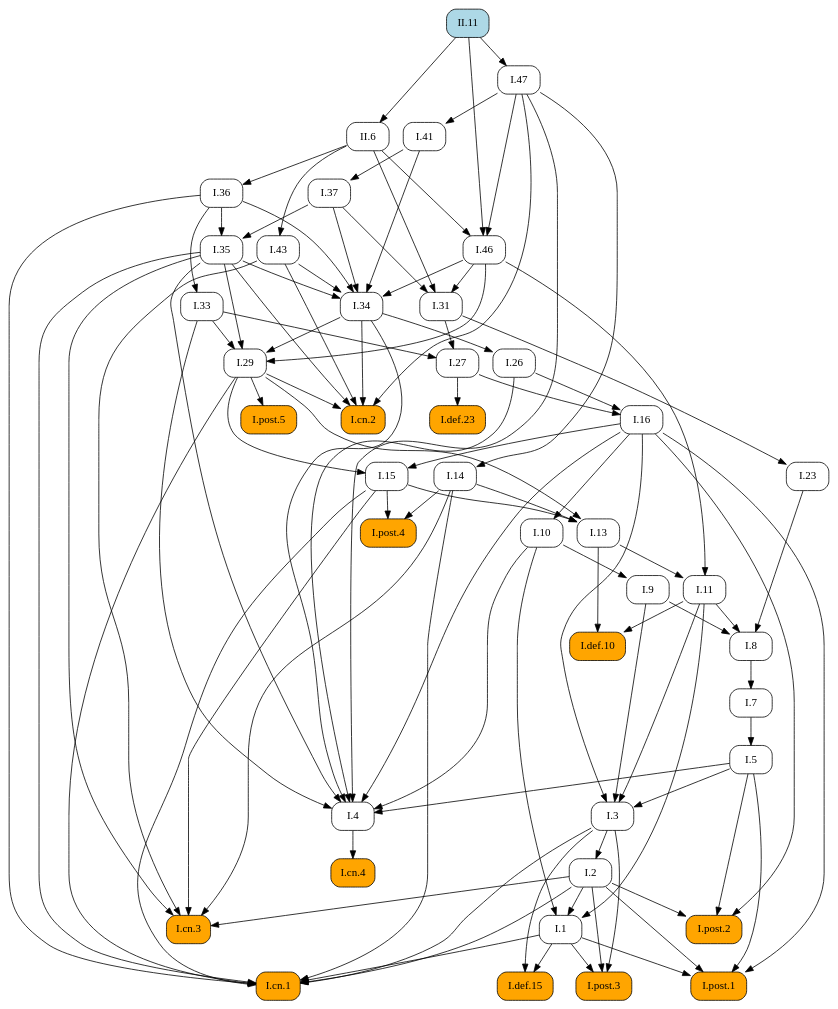
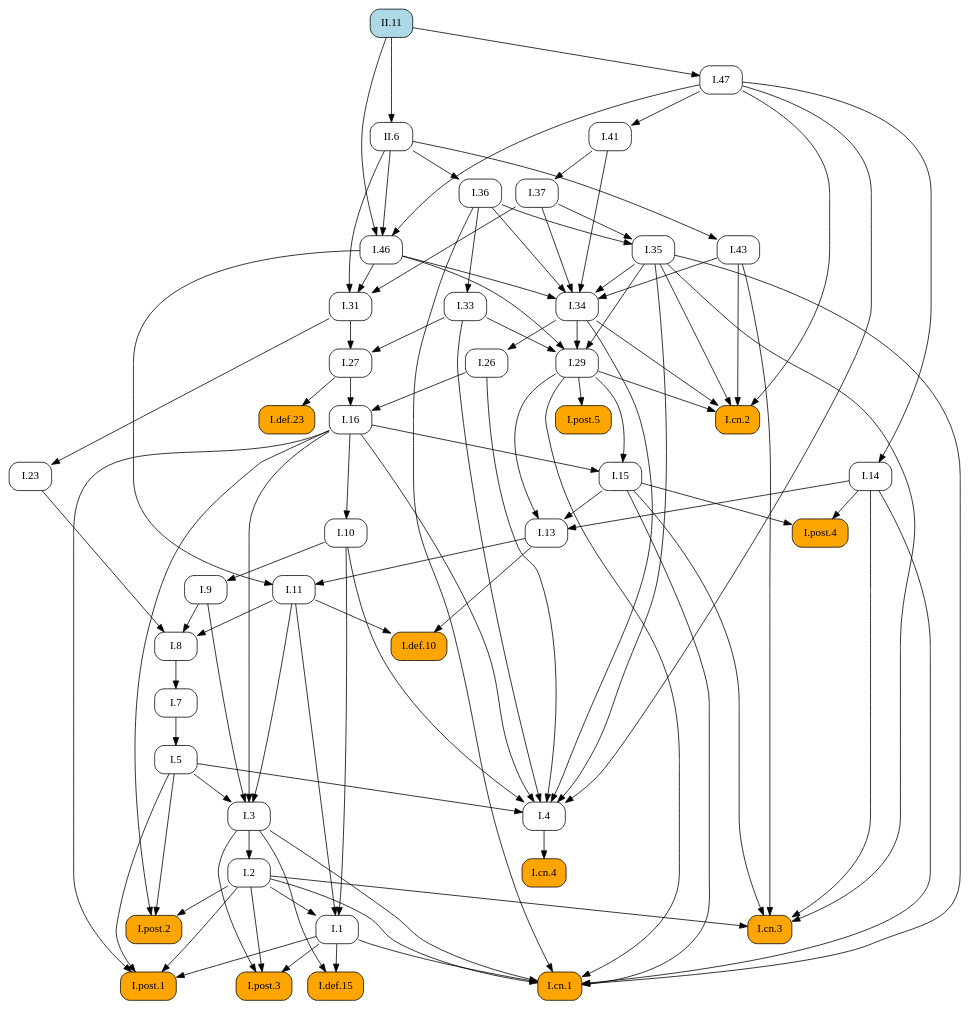
One commit to geometor/elements changed the diagram in docsrc/elements2/II/11/index.rst. Above: the diagram before and after it, drawn with Graphviz. The commit also changed other lines of this file and 409 other files, not shown here.

First line of the commit message:
feat: Add image cropping and graphic extraction script

```diff
--- a/docsrc/elements2/II/11/index.rst
+++ b/docsrc/elements2/II/11/index.rst
@@ -88,99 +88,62 @@
    digraph {
      rankdir="TB";
      node [shape=box, style=rounded];
+     "I.37" [URL="/elements2/I/37/", target="_top"];
+     "I.43" [URL="/elements2/I/43/", target="_top"];
+     "I.31" [URL="/elements2/I/31/", target="_top"];
+     "I.41" [URL="/elements2/I/41/", target="_top"];
      "I.8" [URL="/elements2/I/8/", target="_top"];
+     "I.15" [URL="/elements2/I/15/", target="_top"];
+     "I.47" [URL="/elements2/I/47/", target="_top"];
+     "I.5" [URL="/elements2/I/5/", target="_top"];
+     "I.26" [URL="/elements2/I/26/", target="_top"];
+     "I.cn.1" [style="rounded,filled", fillcolor=orange, URL="/elements2/I/cn.1/", target="_top"];
+     "II.11" [style="rounded,filled", fillcolor=lightblue, URL="/elements2/II/11/", target="_top"];
+     "I.7" [URL="/elements2/I/7/", target="_top"];
+     "I.23" [URL="/elements2/I/23/", target="_top"];
+     "I.16" [URL="/elements2/I/16/", target="_top"];
+     "I.35" [URL="/elements2/I/35/", target="_top"];
+     "I.34" [URL="/elements2/I/34/", target="_top"];
+     "I.33" [URL="/elements2/I/33/", target="_top"];
+     "I.def.15" [style="rounded,filled", fillcolor=orange, URL="/elements2/I/def.15/", target="_top"];
      "I.46" [URL="/elements2/I/46/", target="_top"];
+     "I.def.10" [style="rounded,filled", fillcolor=orange, URL="/elements2/I/def.10/", target="_top"];
+     "I.11" [URL="/elements2/I/11/", target="_top"];
+     "I.post.4" [style="rounded,filled", fillcolor=orange, URL="/elements2/I/post.4/", target="_top"];
+     "I.def.23" [style="rounded,filled", fillcolor=orange, URL="/elements2/I/def.23/", target="_top"];
+     "I.post.5" [style="rounded,filled", fillcolor=orange, URL="/elements2/I/post.5/", target="_top"];
+     "I.3" [URL="/elements2/I/3/", target="_top"];
+     "I.14" [URL="/elements2/I/14/", target="_top"];
+     "I.10" [URL="/elements2/I/10/", target="_top"];
+     "I.cn.3" [style="rounded,filled", fillcolor=orange, URL="/elements2/I/cn.3/", target="_top"];
+     "I.13" [URL="/elements2/I/13/", target="_top"];
+     "I.4" [URL="/elements2/I/4/", target="_top"];
+     "I.post.3" [style="rounded,filled", fillcolor=orange, URL="/elements2/I/post.3/", target="_top"];
+     "I.9" [URL="/elements2/I/9/", target="_top"];
+     "I.29" [URL="/elements2/I/29/", target="_top"];
      "I.36" [URL="/elements2/I/36/", target="_top"];
-     "I.47" [URL="/elements2/I/47/", target="_top"];
-     "I.14" [URL="/elements2/I/14/", target="_top"];
      "I.post.1" [style="rounded,filled", fillcolor=orange, URL="/elements2/I/post.1/", target="_top"];
-     "I.33" [URL="/elements2/I/33/", target="_top"];
-     "I.5" [URL="/elements2/I/5/", target="_top"];
-     "I.post.5" [style="rounded,filled", fillcolor=orange, URL="/elements2/I/post.5/", target="_top"];
-     "I.def.10" [style="rounded,filled", fillcolor=orange, URL="/elements2/I/def.10/", target="_top"];
-     "I.cn.2" [style="rounded,filled", fillcolor=orange, URL="/elements2/I/cn.2/", target="_top"];
-     "II.11" [style="rounded,filled", fillcolor=lightblue, URL="/elements2/II/11/", target="_top"];
-     "I.def.15" [style="rounded,filled", fillcolor=orange, URL="/elements2/I/def.15/", target="_top"];
-     "I.31" [URL="/elements2/I/31/", target="_top"];
-     "I.11" [URL="/elements2/I/11/", target="_top"];
-     "I.43" [URL="/elements2/I/43/", target="_top"];
-     "I.3" [URL="/elements2/I/3/", target="_top"];
-     "I.def.23" [style="rounded,filled", fillcolor=orange, URL="/elements2/I/def.23/", target="_top"];
-     "I.post.2" [style="rounded,filled", fillcolor=orange, URL="/elements2/I/post.2/", target="_top"];
-     "I.26" [URL="/elements2/I/26/", target="_top"];
-     "I.1" [URL="/elements2/I/1/", target="_top"];
-     "I.cn.3" [style="rounded,filled", fillcolor=orange, URL="/elements2/I/cn.3/", target="_top"];
-     "I.cn.4" [style="rounded,filled", fillcolor=orange, URL="/elements2/I/cn.4/", target="_top"];
-     "I.7" [URL="/elements2/I/7/", target="_top"];
-     "I.9" [URL="/elements2/I/9/", target="_top"];
-     "I.cn.1" [style="rounded,filled", fillcolor=orange, URL="/elements2/I/cn.1/", target="_top"];
-     "I.29" [URL="/elements2/I/29/", target="_top"];
-     "I.post.4" [style="rounded,filled", fillcolor=orange, URL="/elements2/I/post.4/", target="_top"];
-     "I.16" [URL="/elements2/I/16/", target="_top"];
-     "I.13" [URL="/elements2/I/13/", target="_top"];
-     "I.41" [URL="/elements2/I/41/", target="_top"];
-     "I.35" [URL="/elements2/I/35/", target="_top"];
      "I.2" [URL="/elements2/I/2/", target="_top"];
      "II.6" [URL="/elements2/II/6/", target="_top"];
      "I.27" [URL="/elements2/I/27/", target="_top"];
-     "I.37" [URL="/elements2/I/37/", target="_top"];
-     "I.4" [URL="/elements2/I/4/", target="_top"];
-     "I.10" [URL="/elements2/I/10/", target="_top"];
-     "I.15" [URL="/elements2/I/15/", target="_top"];
-     "I.34" [URL="/elements2/I/34/", target="_top"];
-     "I.23" [URL="/elements2/I/23/", target="_top"];
-     "I.post.3" [style="rounded,filled", fillcolor=orange, URL="/elements2/I/post.3/", target="_top"];
+     "I.1" [URL="/elements2/I/1/", target="_top"];
+     "I.cn.2" [style="rounded,filled", fillcolor=orange, URL="/elements2/I/cn.2/", target="_top"];
+     "I.cn.4" [style="rounded,filled", fillcolor=orange, URL="/elements2/I/cn.4/", target="_top"];
+     "I.post.2" [style="rounded,filled", fillcolor=orange, URL="/elements2/I/post.2/", target="_top"];
+     "I.41" -> "I.37";
+     "II.6" -> "I.43";
+     "I.37" -> "I.31";
+     "I.46" -> "I.31";
+     "II.6" -> "I.31";
+     "I.47" -> "I.41";
      "I.9" -> "I.8";
      "I.11" -> "I.8";
      "I.23" -> "I.8";
-     "I.47" -> "I.46";
-     "II.6" -> "I.46";
-     "II.11" -> "I.46";
-     "II.6" -> "I.36";
+     "I.16" -> "I.15";
+     "I.29" -> "I.15";
      "II.11" -> "I.47";
-     "I.47" -> "I.14";
-     "I.1" -> "I.post.1";
-     "I.2" -> "I.post.1";
-     "I.5" -> "I.post.1";
-     "I.16" -> "I.post.1";
-     "I.36" -> "I.33";
      "I.7" -> "I.5";
-     "I.29" -> "I.post.5";
-     "I.11" -> "I.def.10";
-     "I.13" -> "I.def.10";
-     "I.29" -> "I.cn.2";
-     "I.34" -> "I.cn.2";
-     "I.35" -> "I.cn.2";
-     "I.43" -> "I.cn.2";
-     "I.47" -> "I.cn.2";
-     "I.1" -> "I.def.15";
-     "I.3" -> "I.def.15";
-     "I.37" -> "I.31";
-     "I.46" -> "I.31";
-     "II.6" -> "I.31";
-     "I.13" -> "I.11";
-     "I.46" -> "I.11";
-     "II.6" -> "I.43";
-     "I.5" -> "I.3";
-     "I.9" -> "I.3";
-     "I.11" -> "I.3";
-     "I.16" -> "I.3";
-     "I.27" -> "I.def.23";
-     "I.2" -> "I.post.2";
-     "I.5" -> "I.post.2";
-     "I.16" -> "I.post.2";
      "I.34" -> "I.26";
-     "I.2" -> "I.1";
-     "I.10" -> "I.1";
-     "I.11" -> "I.1";
-     "I.2" -> "I.cn.3";
-     "I.14" -> "I.cn.3";
-     "I.15" -> "I.cn.3";
-     "I.35" -> "I.cn.3";
-     "I.43" -> "I.cn.3";
-     "I.4" -> "I.cn.4";
-     "I.8" -> "I.7";
-     "I.10" -> "I.9";
      "I.1" -> "I.cn.1";
      "I.2" -> "I.cn.1";
      "I.3" -> "I.cn.1";
@@ -189,25 +152,46 @@
      "I.29" -> "I.cn.1";
      "I.35" -> "I.cn.1";
      "I.36" -> "I.cn.1";
-     "I.33" -> "I.29";
-     "I.34" -> "I.29";
-     "I.35" -> "I.29";
-     "I.46" -> "I.29";
+     "I.8" -> "I.7";
+     "I.31" -> "I.23";
+     "I.26" -> "I.16";
+     "I.27" -> "I.16";
+     "I.36" -> "I.35";
+     "I.37" -> "I.35";
+     "I.35" -> "I.34";
+     "I.36" -> "I.34";
+     "I.37" -> "I.34";
+     "I.41" -> "I.34";
+     "I.43" -> "I.34";
+     "I.46" -> "I.34";
+     "I.36" -> "I.33";
+     "I.1" -> "I.def.15";
+     "I.3" -> "I.def.15";
+     "I.47" -> "I.46";
+     "II.6" -> "I.46";
+     "II.11" -> "I.46";
+     "I.11" -> "I.def.10";
+     "I.13" -> "I.def.10";
+     "I.13" -> "I.11";
+     "I.46" -> "I.11";
      "I.14" -> "I.post.4";
      "I.15" -> "I.post.4";
-     "I.26" -> "I.16";
-     "I.27" -> "I.16";
+     "I.27" -> "I.def.23";
+     "I.29" -> "I.post.5";
+     "I.5" -> "I.3";
+     "I.9" -> "I.3";
+     "I.11" -> "I.3";
+     "I.16" -> "I.3";
+     "I.47" -> "I.14";
+     "I.16" -> "I.10";
+     "I.2" -> "I.cn.3";
+     "I.14" -> "I.cn.3";
+     "I.15" -> "I.cn.3";
+     "I.35" -> "I.cn.3";
+     "I.43" -> "I.cn.3";
      "I.14" -> "I.13";
      "I.15" -> "I.13";
      "I.29" -> "I.13";
-     "I.47" -> "I.41";
-     "I.36" -> "I.35";
-     "I.37" -> "I.35";
-     "I.3" -> "I.2";
-     "II.11" -> "II.6";
-     "I.31" -> "I.27";
-     "I.33" -> "I.27";
-     "I.41" -> "I.37";
      "I.5" -> "I.4";
      "I.10" -> "I.4";
      "I.16" -> "I.4";
@@ -216,17 +200,33 @@
      "I.34" -> "I.4";
      "I.35" -> "I.4";
      "I.47" -> "I.4";
-     "I.16" -> "I.10";
-     "I.16" -> "I.15";
-     "I.29" -> "I.15";
-     "I.35" -> "I.34";
-     "I.36" -> "I.34";
-     "I.37" -> "I.34";
-     "I.41" -> "I.34";
-     "I.43" -> "I.34";
-     "I.46" -> "I.34";
-     "I.31" -> "I.23";
      "I.1" -> "I.post.3";
      "I.2" -> "I.post.3";
      "I.3" -> "I.post.3";
+     "I.10" -> "I.9";
+     "I.33" -> "I.29";
+     "I.34" -> "I.29";
+     "I.35" -> "I.29";
+     "I.46" -> "I.29";
+     "II.6" -> "I.36";
+     "I.1" -> "I.post.1";
+     "I.2" -> "I.post.1";
+     "I.5" -> "I.post.1";
+     "I.16" -> "I.post.1";
+     "I.3" -> "I.2";
+     "II.11" -> "II.6";
+     "I.31" -> "I.27";
+     "I.33" -> "I.27";
+     "I.2" -> "I.1";
+     "I.10" -> "I.1";
+     "I.11" -> "I.1";
+     "I.29" -> "I.cn.2";
+     "I.34" -> "I.cn.2";
+     "I.35" -> "I.cn.2";
+     "I.43" -> "I.cn.2";
+     "I.47" -> "I.cn.2";
+     "I.4" -> "I.cn.4";
+     "I.2" -> "I.post.2";
+     "I.5" -> "I.post.2";
+     "I.16" -> "I.post.2";
    }
```
